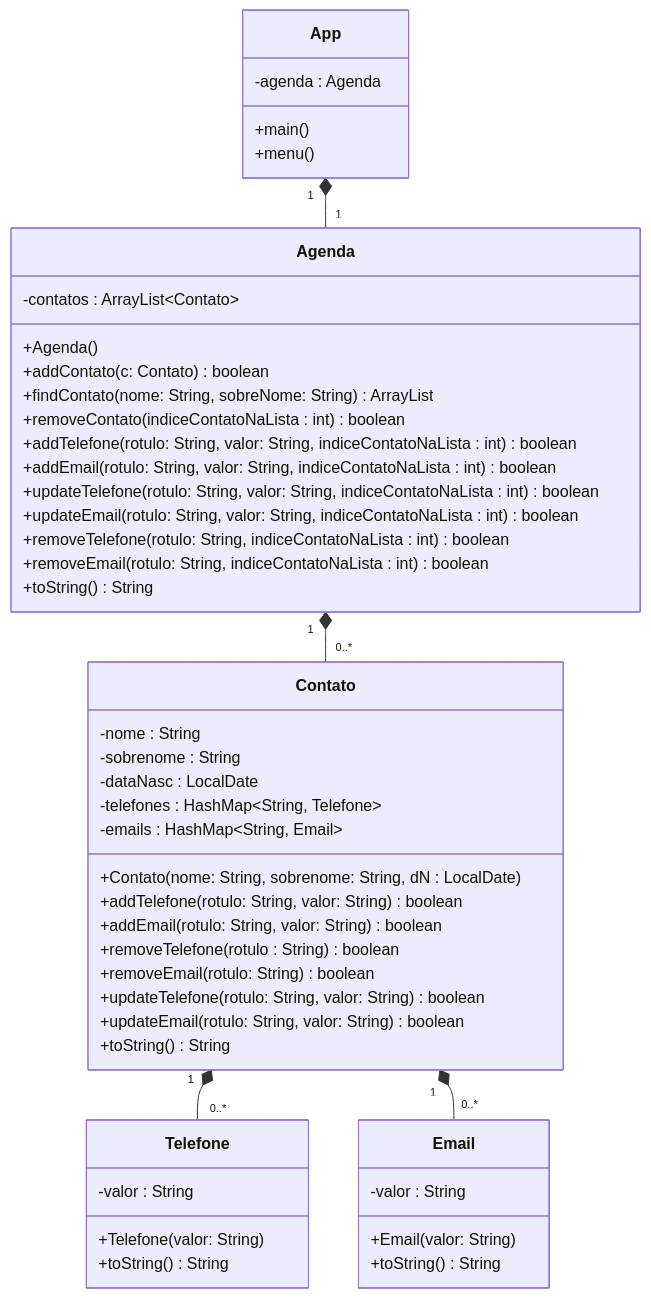
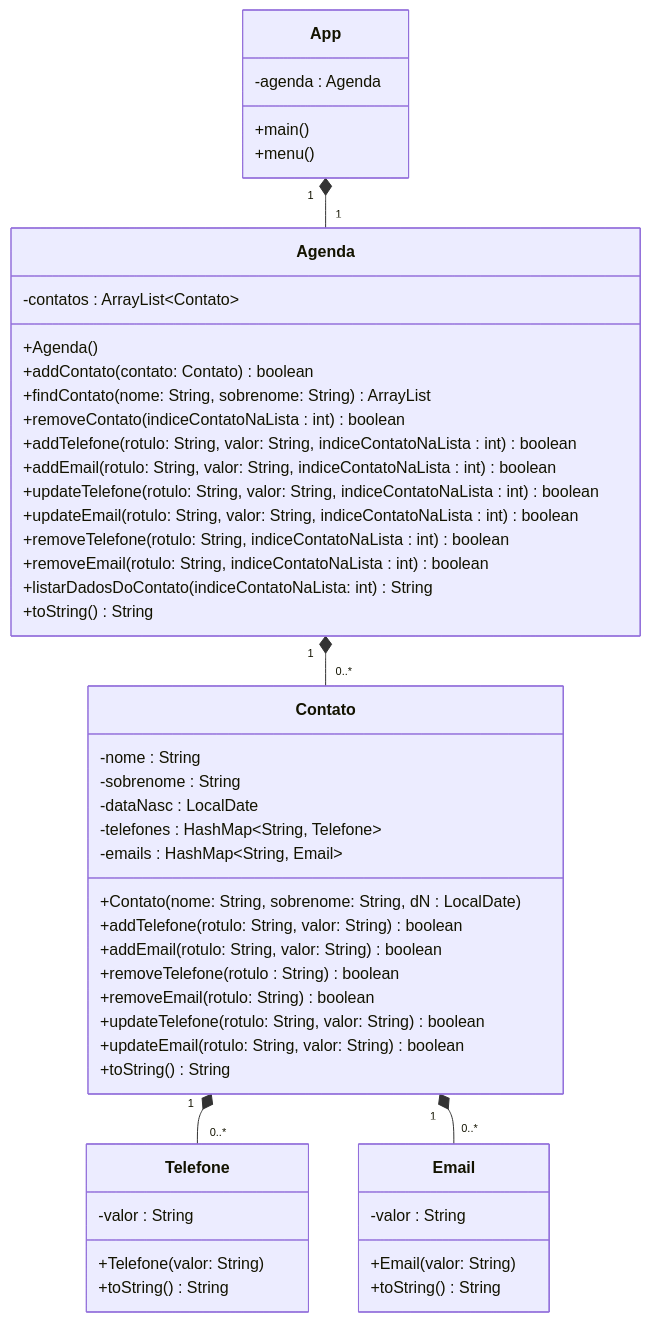
One commit to LuisEAbreu/poo changed the diagram in aulas/2026-10-05/projeto02/README.md. Above: the diagram before and after it, drawn with Mermaid.

Commit message:
Atualiza UML da Agenda

````diff
--- a/aulas/2026-10-05/projeto02/README.md
+++ b/aulas/2026-10-05/projeto02/README.md
@@ -17,59 +17,60 @@
 ```mermaid
     classDiagram
         
         class App{
             -agenda : Agenda
             +main()
             +menu()
         }
         
         class Agenda{ 
             -contatos : ArrayList~Contato~
             
             +Agenda()
-            +addContato(c: Contato) boolean
-            +findContato(nome: String, sobreNome: String) ArrayList<Contato>
+            +addContato(contato: Contato) boolean
+            +findContato(nome: String, sobrenome: String) ArrayList<Contato>
             +removeContato(indiceContatoNaLista : int) boolean
             +addTelefone(rotulo: String, valor: String, indiceContatoNaLista : int) boolean
             +addEmail(rotulo: String, valor: String, indiceContatoNaLista : int) boolean
             +updateTelefone(rotulo: String, valor: String, indiceContatoNaLista : int) boolean
             +updateEmail(rotulo: String, valor: String, indiceContatoNaLista : int) boolean
             +removeTelefone(rotulo: String, indiceContatoNaLista : int) boolean
             +removeEmail(rotulo: String, indiceContatoNaLista : int) boolean
+            +listarDadosDoContato(indiceContatoNaLista: int ) String
             +toString() String
         }
         
         class Contato{
             -nome : String
             -sobrenome : String
             -dataNasc : LocalDate
             -telefones : HashMap~String, Telefone~
             -emails : HashMap~String, Email~
 
             +Contato(nome: String, sobrenome: String, dN : LocalDate)
             +addTelefone(rotulo: String, valor: String) boolean
             +addEmail(rotulo: String, valor: String) boolean
             +removeTelefone(rotulo : String) boolean
             +removeEmail(rotulo: String) boolean
             +updateTelefone(rotulo: String, valor: String) boolean
             +updateEmail(rotulo: String, valor: String) boolean
             +toString() String
         }
         
         class Telefone{
             -valor : String
             +Telefone(valor: String)
             +toString() String
         }
 
         class Email{ 
             -valor : String
             +Email(valor: String)
             +toString() String
         }
         
         App "1" *-- "1" Agenda
         Agenda "1" *-- "0..*" Contato
         Contato "1" *-- "0..*" Telefone
         Contato "1" *-- "0..*" Email
 ```
````
